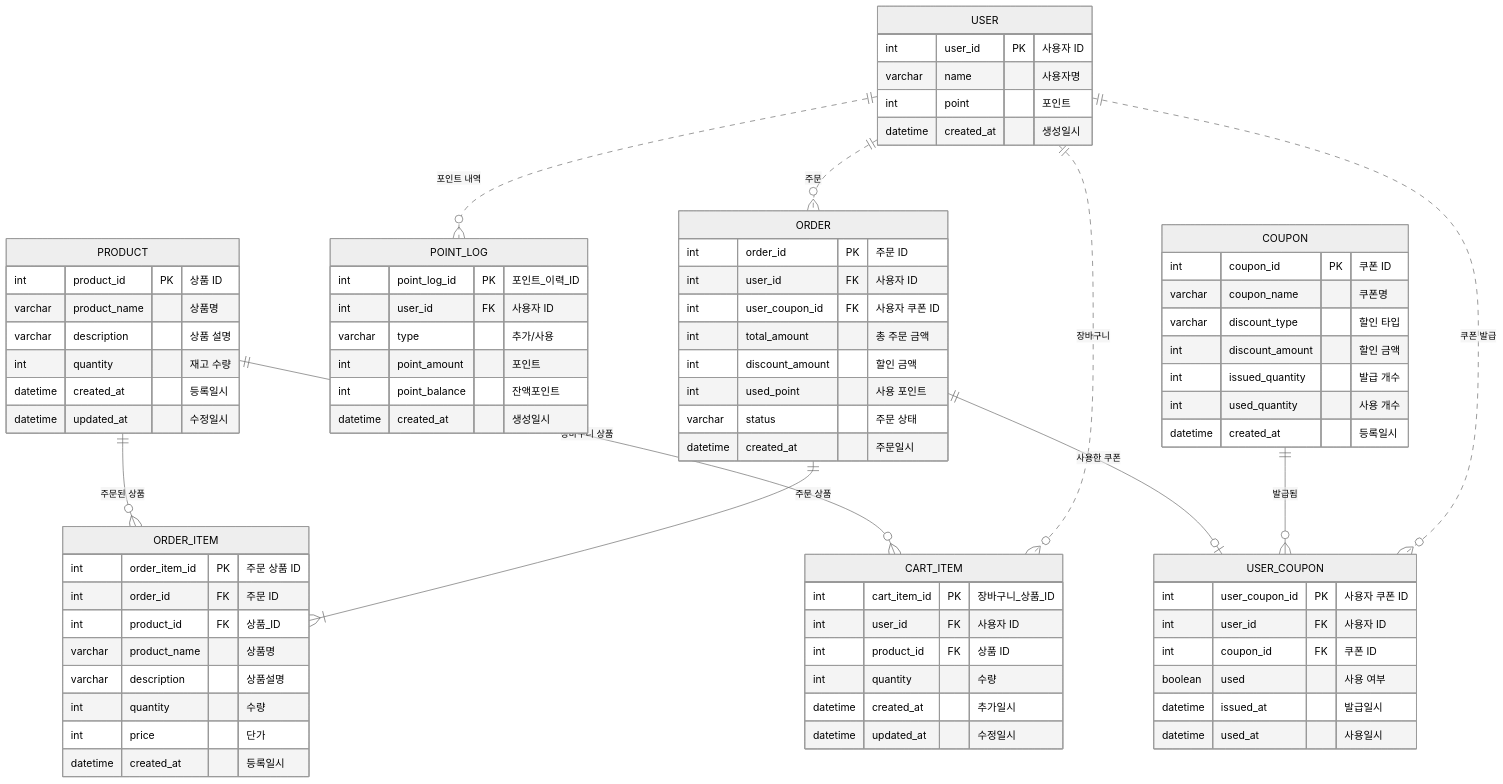
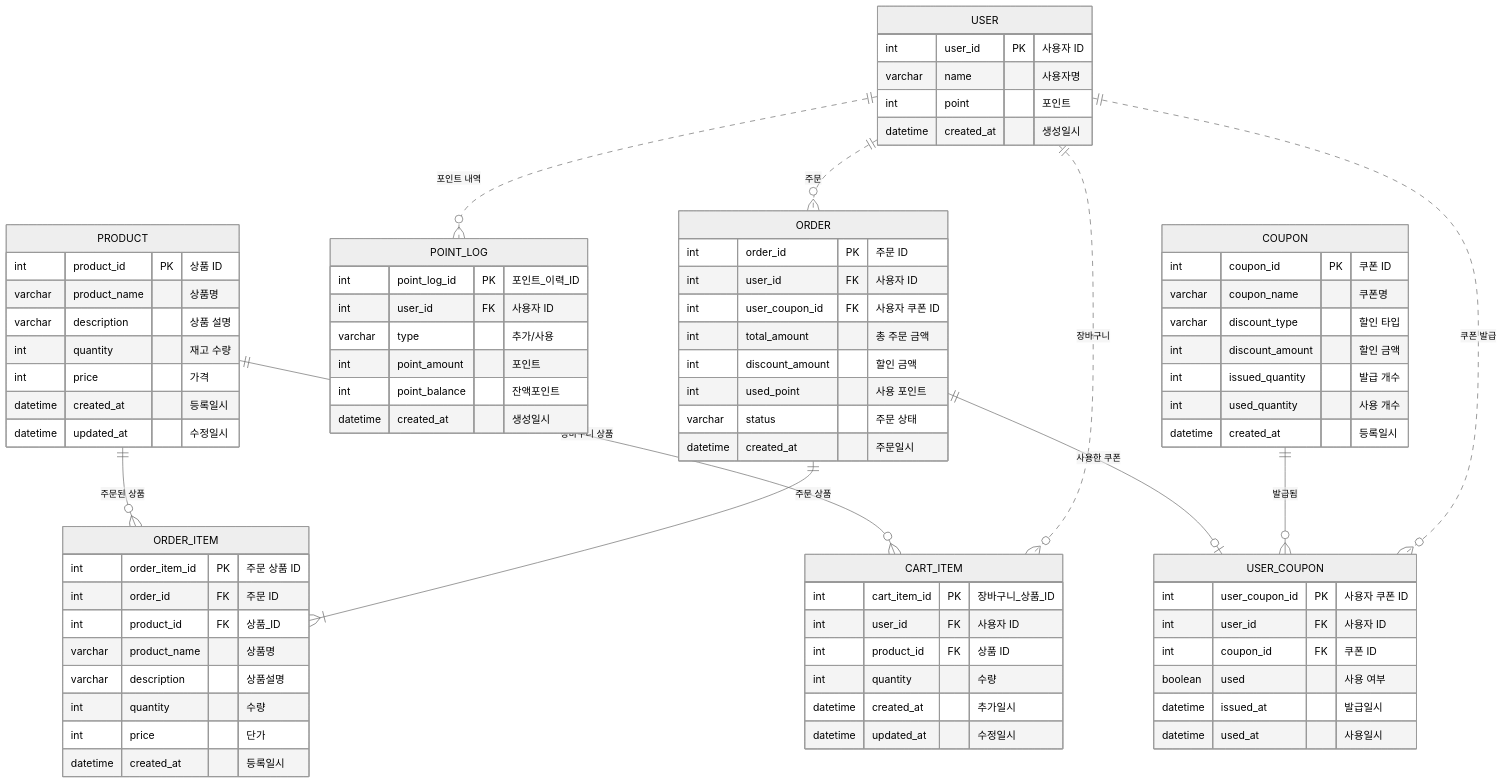
Before and after one commit to gyunammy/ecommerce: the diagram in docs/api/data-models.md, drawn with Mermaid (neutral theme).

Commit message:
docs: ERD 수정
상품 테이블에 가격 컬럼 추가

```diff
--- a/docs/api/data-models.md
+++ b/docs/api/data-models.md
@@ -89,6 +89,7 @@
         varchar  product_name  "상품명"
         varchar  description   "상품 설명"
         int      quantity      "재고 수량"
+        int      price         "가격"
         datetime created_at    "등록일시"
         datetime updated_at    "수정일시"
     }
```
